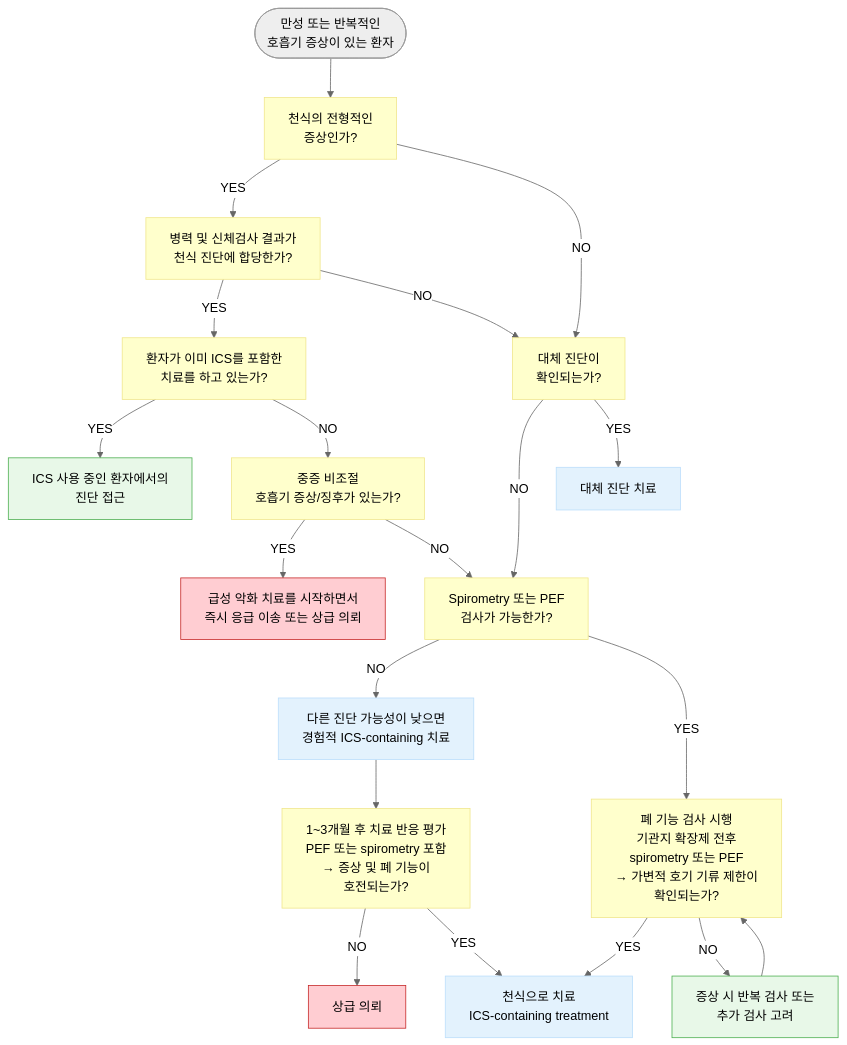
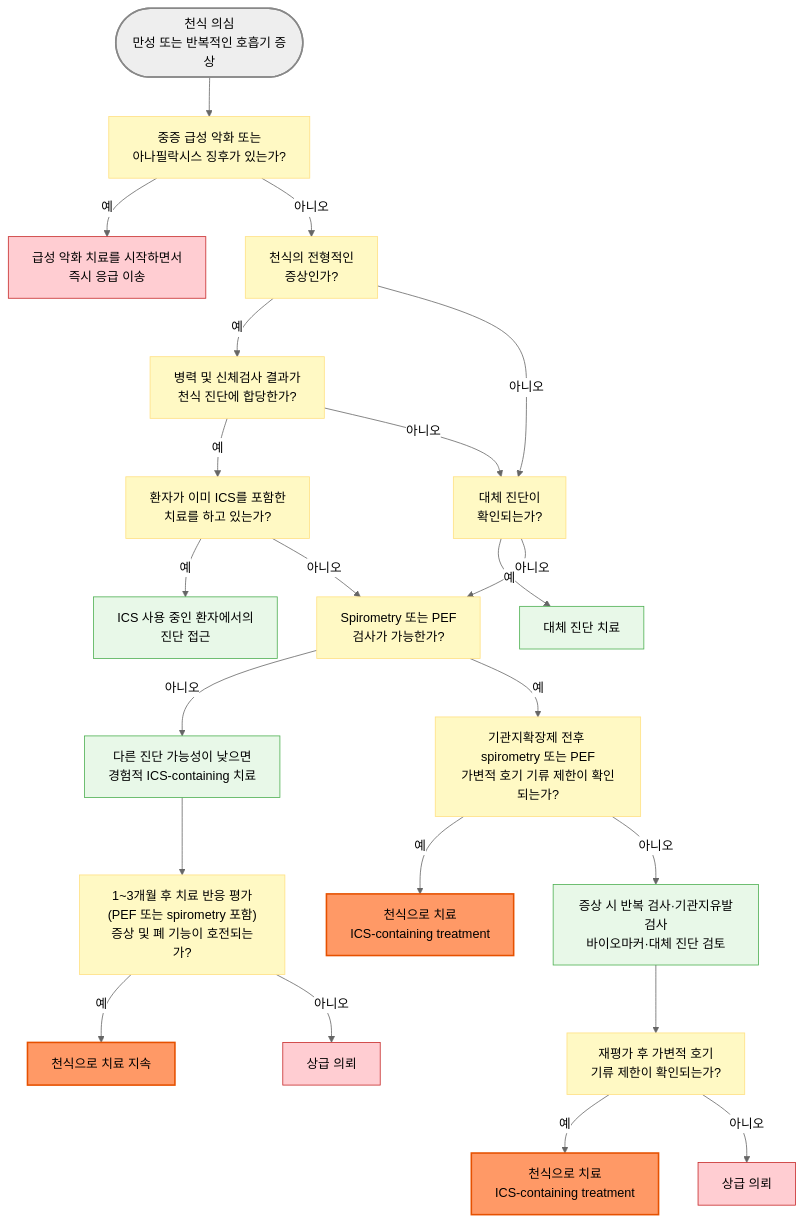
One commit to familyoh77/familyoh77 changed the first of 2 diagrams in 223_/071_-asthma.md. Above: the diagram before and after it, drawn with Mermaid (neutral theme). The commit also changed other lines of this file, not shown here.

````diff
--- a/223_/071_-asthma.md
+++ b/223_/071_-asthma.md
@@ -254,49 +318,57 @@
 ```mermaid
-graph TD
-    classDef yellow fill:#ffffcc,stroke:#f0e68c
-    classDef purple fill:#f3e5f5,stroke:#e1bee7,stroke-width:1px
-    classDef blue fill:#e3f2fd,stroke:#bbdefb,stroke-width:1px
-    classDef lightGreen fill:#e8f8e8,stroke:#4caf50
-    classDef L_red fill:#ffcdd2,stroke:#c62828,stroke-width:1px
-    Start([만성 또는 반복적인<br/>호흡기 증상이 있는 환자])
-    Q1[천식의 전형적인<br/>증상인가?]:::yellow
-    Q2[병력 및 신체검사 결과가<br/>천식 진단에 합당한가?]:::yellow
-    Q3[환자가 이미 ICS를 포함한<br/>치료를 하고 있는가?]:::yellow
-    Q4[중증 비조절<br/>호흡기 증상/징후가 있는가?]:::yellow
-    Q5[Spirometry 또는 PEF<br/>검사가 가능한가?]:::yellow
-    Q6[폐 기능 검사 시행<br/>기관지 확장제 전후<br/>spirometry 또는 PEF
-    → 가변적 호기 기류 제한이<br/>확인되는가?]:::yellow
-    Q7[대체 진단이<br/>확인되는가?]:::yellow
-    Q8[1~3개월 후 치료 반응 평가<br/>PEF 또는 spirometry 포함
-    → 증상 및 폐 기능이<br/>호전되는가?]:::yellow
-    
-    Step1[ICS 사용 중인 환자에서의<br/>진단 접근]:::lightGreen
-    Empirical[다른 진단 가능성이 낮으면<br/>경험적 ICS-containing 치료]:::blue
-    Urgent[급성 악화 치료를 시작하면서<br/>즉시 응급 이송 또는 상급 의뢰]:::L_red
-    Repeat[증상 시 반복 검사 또는<br/>추가 검사 고려]:::lightGreen
-    ResultAsthma[천식으로 치료<br/>ICS-containing treatment]:::blue
-    ResultAlt[대체 진단 치료]:::blue
-    Refer[상급 의뢰]:::L_red
-    
-    Start --> Q1
-    Q1 -- "YES" --> Q2
-    Q1 -- "NO" --> Q7
-    Q2 -- "YES" --> Q3
-    Q2 -- "NO" --> Q7
-    Q7 -- "NO" --> Q5
-    Q7 -- "YES" --> ResultAlt
-    Q3 -- "YES" --> Step1
-    Q3 -- "NO" --> Q4
-    Q4 -- "YES" --> Urgent
-    Q4 -- "NO" --> Q5
-    Q5 -- "NO" --> Empirical
-    Q5 -- "YES" --> Q6
-    Q6 -- "YES" --> ResultAsthma
-    Q6 -- "NO" --> Repeat
-    Repeat --> Q6
+flowchart TD
+    Start(["천식 의심<br/>만성 또는 반복적인 호흡기 증상"])
+    Q1["천식의 전형적인<br/>증상인가?"]
+    Q2["병력 및 신체검사 결과가<br/>천식 진단에 합당한가?"]
+    Q3["환자가 이미 ICS를 포함한<br/>치료를 하고 있는가?"]
+    Q4["중증 급성 악화 또는<br/>아나필락시스 징후가 있는가?"]
+    Q5["Spirometry 또는 PEF<br/>검사가 가능한가?"]
+    Q6["기관지확장제 전후 spirometry 또는 PEF<br/>가변적 호기 기류 제한이 확인되는가?"]
+    Q7["대체 진단이<br/>확인되는가?"]
+    Q8["1~3개월 후 치료 반응 평가<br/>(PEF 또는 spirometry 포함)<br/>증상 및 폐 기능이 호전되는가?"]
+
+    Step1["ICS 사용 중인 환자에서의<br/>진단 접근"]
+    Empirical["다른 진단 가능성이 낮으면<br/>경험적 ICS-containing 치료"]
+    Urgent["급성 악화 치료를 시작하면서<br/>즉시 응급 이송"]
+    Repeat["증상 시 반복 검사·기관지유발검사<br/>바이오마커·대체 진단 검토"]
+    Q9["재평가 후 가변적 호기<br/>기류 제한이 확인되는가?"]
+    ResultAsthma["천식으로 치료<br/>ICS-containing treatment"]
+    ResultAsthma2["천식으로 치료 지속"]
+    ResultAlt["대체 진단 치료"]
+    Refer["상급 의뢰"]
+    Refer2["상급 의뢰"]
+    ResultAsthma3["천식으로 치료<br/>ICS-containing treatment"]
+
+    Start --> Q4
+    Q4 -- "예" --> Urgent
+    Q4 -- "아니오" --> Q1
+    Q1 -- "예" --> Q2
+    Q1 -- "아니오" --> Q7
+    Q2 -- "예" --> Q3
+    Q2 -- "아니오" --> Q7
+    Q7 -- "예" --> ResultAlt
+    Q7 -- "아니오" --> Q5
+    Q3 -- "예" --> Step1
+    Q3 -- "아니오" --> Q5
+    Q5 -- "아니오" --> Empirical
+    Q5 -- "예" --> Q6
+    Q6 -- "예" --> ResultAsthma
+    Q6 -- "아니오" --> Repeat
+    Repeat --> Q9
+    Q9 -- "예" --> ResultAsthma3
+    Q9 -- "아니오" --> Refer
     Empirical --> Q8
-    Q8 -- "NO" --> Refer
-    Q8 -- "YES" --> ResultAsthma
+    Q8 -- "예" --> ResultAsthma2
+    Q8 -- "아니오" --> Refer2
 
-
+    classDef question fill:#fff9c4,stroke:#ffe082
+    classDef red fill:#ffcdd2,stroke:#c62828,stroke-width:1px
+    classDef green fill:#e8f8e8,stroke:#4caf50
+    class Q1,Q2,Q3,Q4,Q5,Q6,Q7,Q8,Q9 question
+    class Urgent,Refer,Refer2 red
+    class Step1,Repeat,Empirical,ResultAlt green
+    style Start fill:#eeeeee,stroke:#888888,stroke-width:2px
+    style ResultAsthma fill:#f96,stroke:#e65100,stroke-width:2px
+    style ResultAsthma2 fill:#f96,stroke:#e65100,stroke-width:2px
+    style ResultAsthma3 fill:#f96,stroke:#e65100,stroke-width:2px
 ```
````
